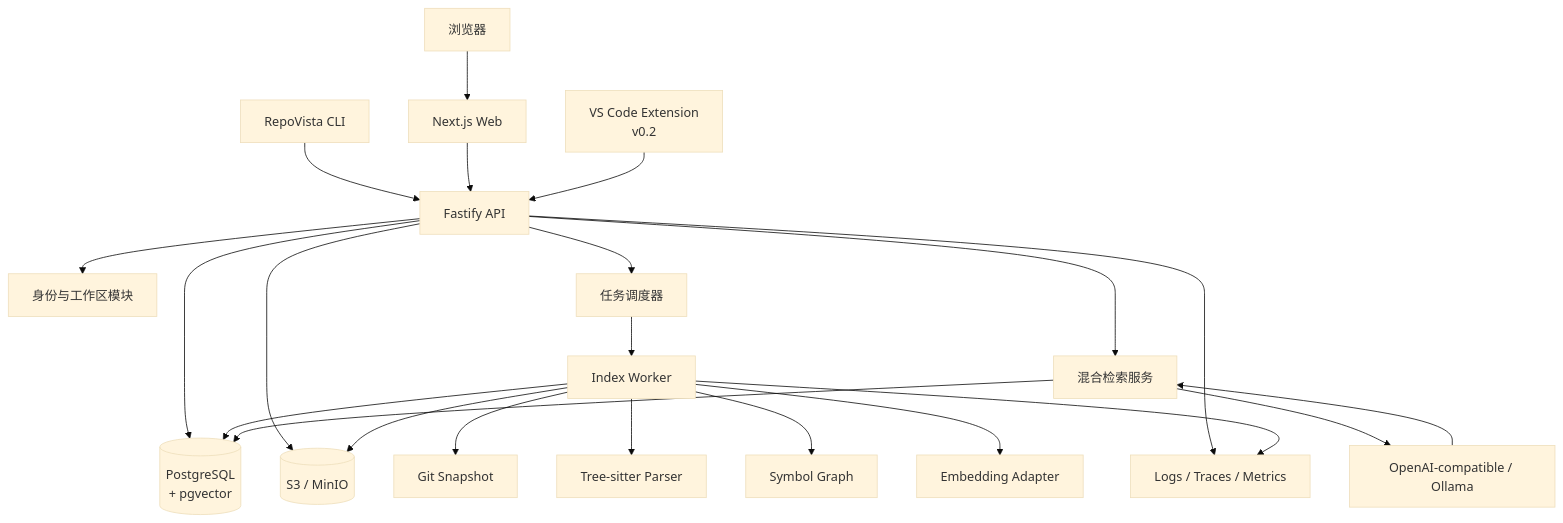
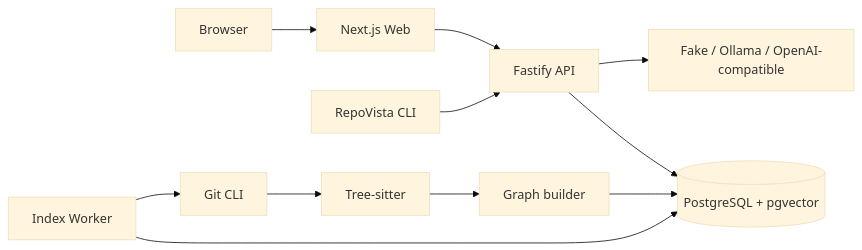
The diagram in docs/architecture/系统架构.md (githubyangjiaxun/repovista), drawn with Mermaid (base theme) before and after one commit. The commit also changed other lines of this file and 19 other files, not shown here.

Commit message:
docs: prepare RepoVista v0.1 for open source

````diff
--- a/docs/architecture/系统架构.md
+++ b/docs/architecture/系统架构.md
@@ -19,28 +20,13 @@
-~~~mermaid
-flowchart TB
-    Browser[浏览器] --> Web[Next.js Web]
-    CLI[RepoVista CLI] --> API[Fastify API]
-    Web --> API
-    VSCode[VS Code Extension<br/>v0.2] --> API
-
-    API --> Auth[身份与工作区模块]
-    API --> PG[(PostgreSQL<br/>+ pgvector)]
-    API --> Object[(S3 / MinIO)]
-    API --> Scheduler[任务调度器]
-    API --> Retrieval[混合检索服务]
-
-    Scheduler --> Worker[Index Worker]
-    Worker --> Git[Git Snapshot]
-    Worker --> Parser[Tree-sitter Parser]
-    Worker --> Graph[Symbol Graph]
-    Worker --> Embed[Embedding Adapter]
-    Worker --> PG
-    Worker --> Object
-
-    Retrieval --> PG
-    Retrieval --> Model[OpenAI-compatible / Ollama]
-    Model --> Retrieval
-
-    API --> Obs[Logs / Traces / Metrics]
-    Worker --> Obs
-~~~
+```mermaid
+flowchart LR
+    Browser[Browser] --> Web[Next.js Web]
+    Web --> API[Fastify API]
+    CLI[RepoVista CLI] --> API
+    API --> PG[(PostgreSQL + pgvector)]
+    API --> Provider[Fake / Ollama / OpenAI-compatible]
+    Worker[Index Worker] --> PG
+    Worker --> Git[Git CLI]
+    Git --> Parser[Tree-sitter]
+    Parser --> Graph[Graph builder]
+    Graph --> PG
+```
````
